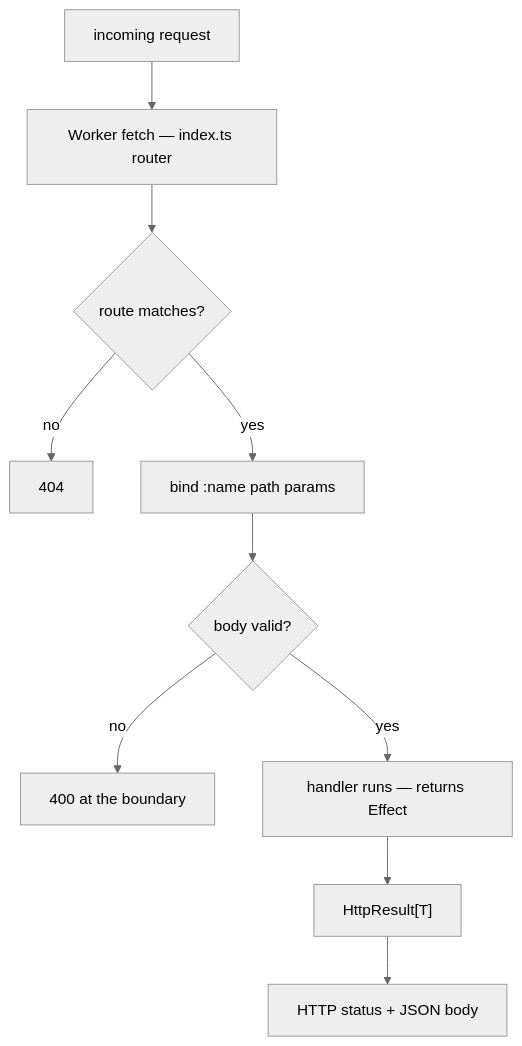
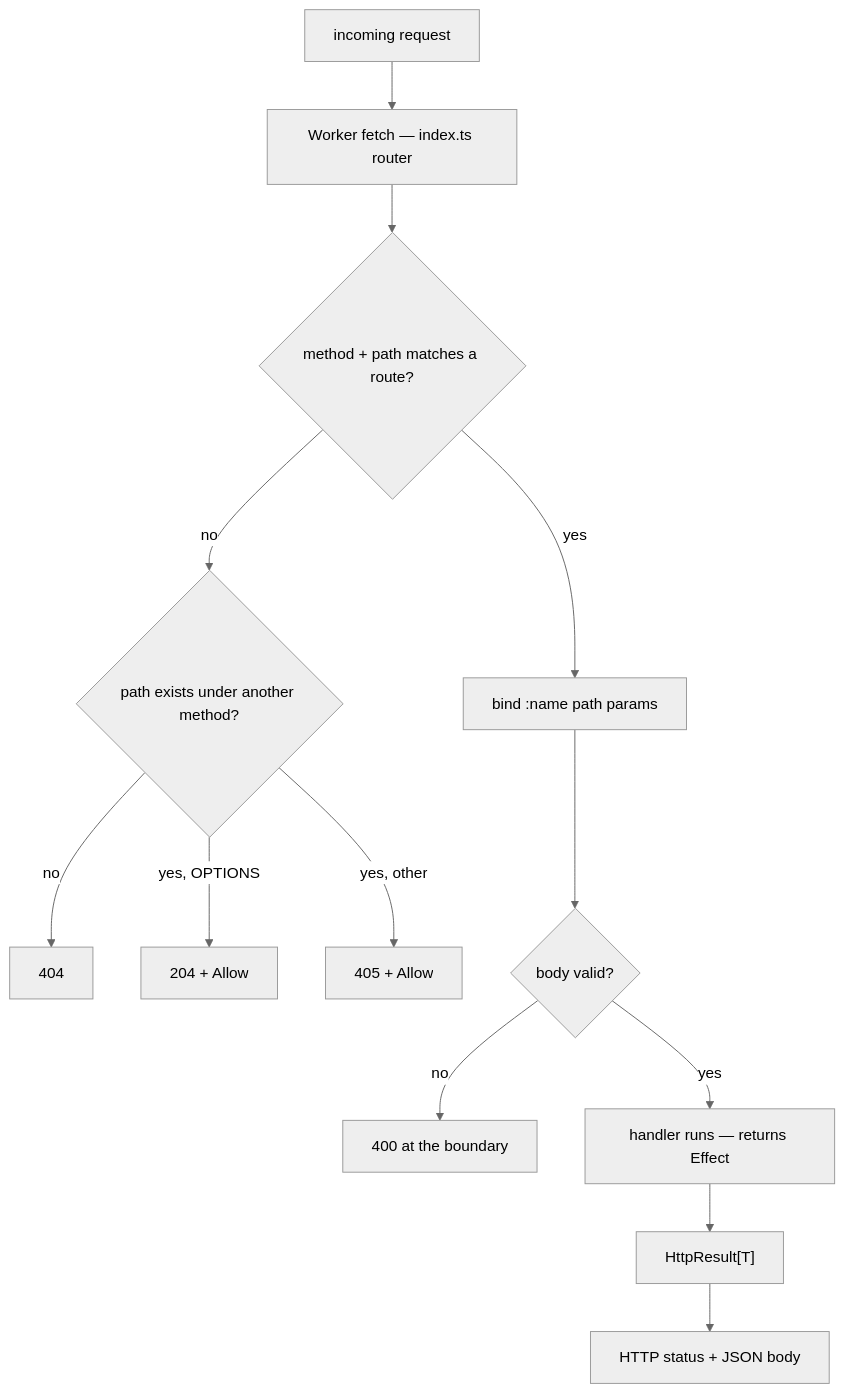
Before and after one commit to accuser/bynk: the diagram in site/src/content/docs/book/reference/http.md, drawn with Mermaid (neutral theme). The commit also changed other lines of this file and 36 other files, not shown here.

````diff
--- a/site/src/content/docs/book/reference/http.md
+++ b/site/src/content/docs/book/reference/http.md
@@ -231,12 +278,15 @@
 ```mermaid
 flowchart TD
   req["incoming request"] --> router["Worker fetch — index.ts router"]
-  router --> match{"route matches?"}
-  match -->|no| nf["404"]
+  router --> match{"method + path matches a route?"}
   match -->|yes| params["bind :name path params"]
+  match -->|no| known{"path exists under another method?"}
+  known -->|no| nf["404"]
+  known -->|yes, OPTIONS| opt["204 + Allow"]
+  known -->|yes, other| m405["405 + Allow"]
   params --> body{"body valid?"}
   body -->|no| bad["400 at the boundary"]
   body -->|yes| handler["handler runs — returns Effect"]
   handler --> result["HttpResult[T]"]
   result --> status["HTTP status + JSON body"]
 ```
````
